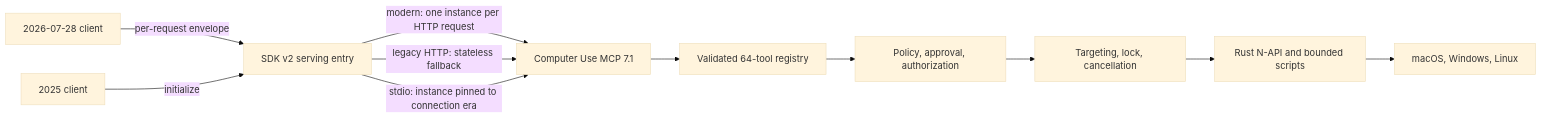
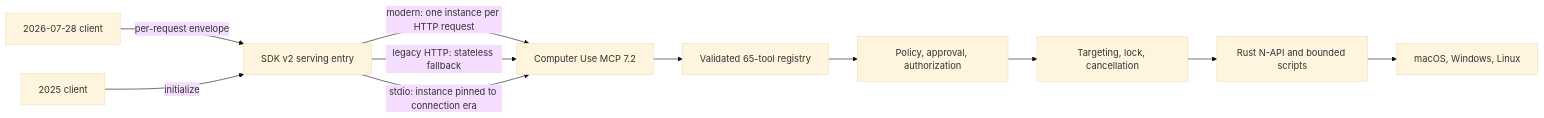
The first of 4 diagrams in docs/ARCHITECTURE.md (zavora-ai/computer-use-mcp), drawn with Mermaid (base theme) before and after one commit. The commit also changed other lines of this file and 44 other files, not shown here.

````diff
--- a/docs/ARCHITECTURE.md
+++ b/docs/ARCHITECTURE.md
@@ -11,13 +11,13 @@
 ```mermaid
 flowchart LR
   Modern["2026-07-28 client"] -->|"per-request envelope"| Entry["SDK v2 serving entry"]
   Legacy["2025 client"] -->|"initialize"| Entry
-  Entry -->|"modern: one instance per HTTP request"| Server["Computer Use MCP 7.1"]
+  Entry -->|"modern: one instance per HTTP request"| Server["Computer Use MCP 7.2"]
   Entry -->|"legacy HTTP: stateless fallback"| Server
   Entry -->|"stdio: instance pinned to connection era"| Server
-  Server --> Registry["Validated 64-tool registry"]
+  Server --> Registry["Validated 65-tool registry"]
   Registry --> Policy["Policy, approval, authorization"]
   Policy --> Session["Targeting, lock, cancellation"]
   Session --> Native["Rust N-API and bounded scripts"]
   Native --> OS["macOS, Windows, Linux"]
 ```
````
